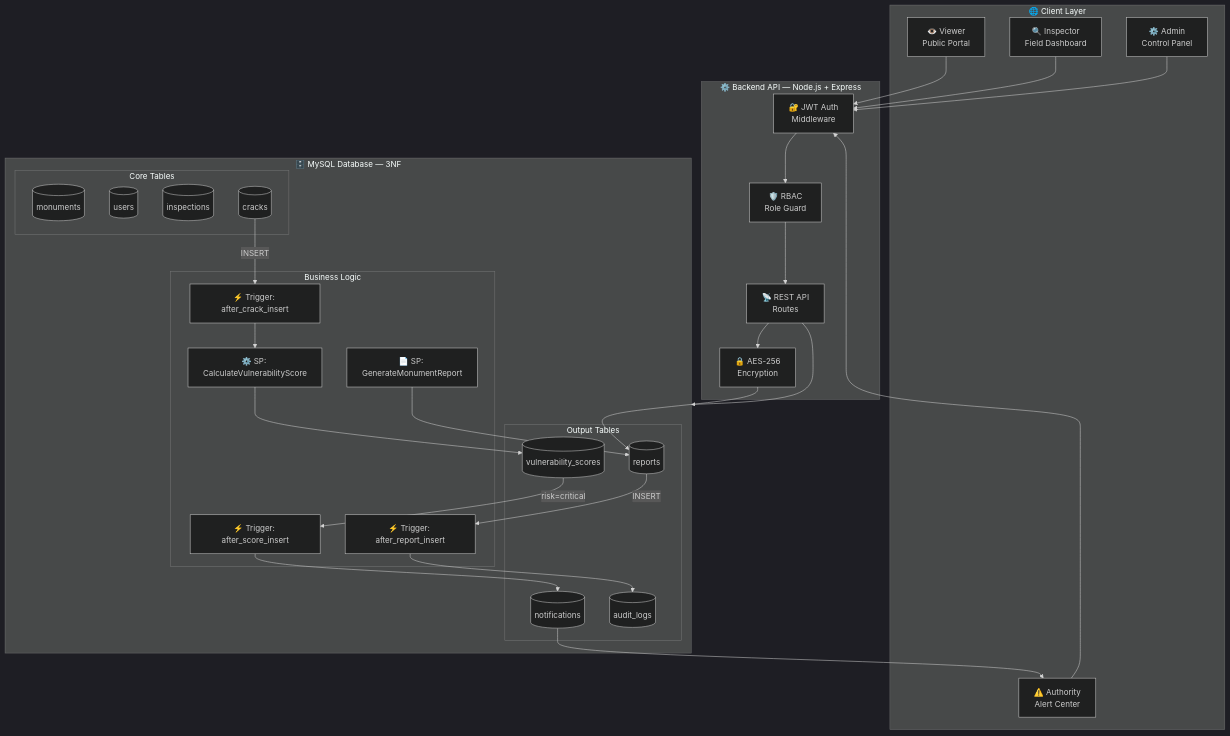
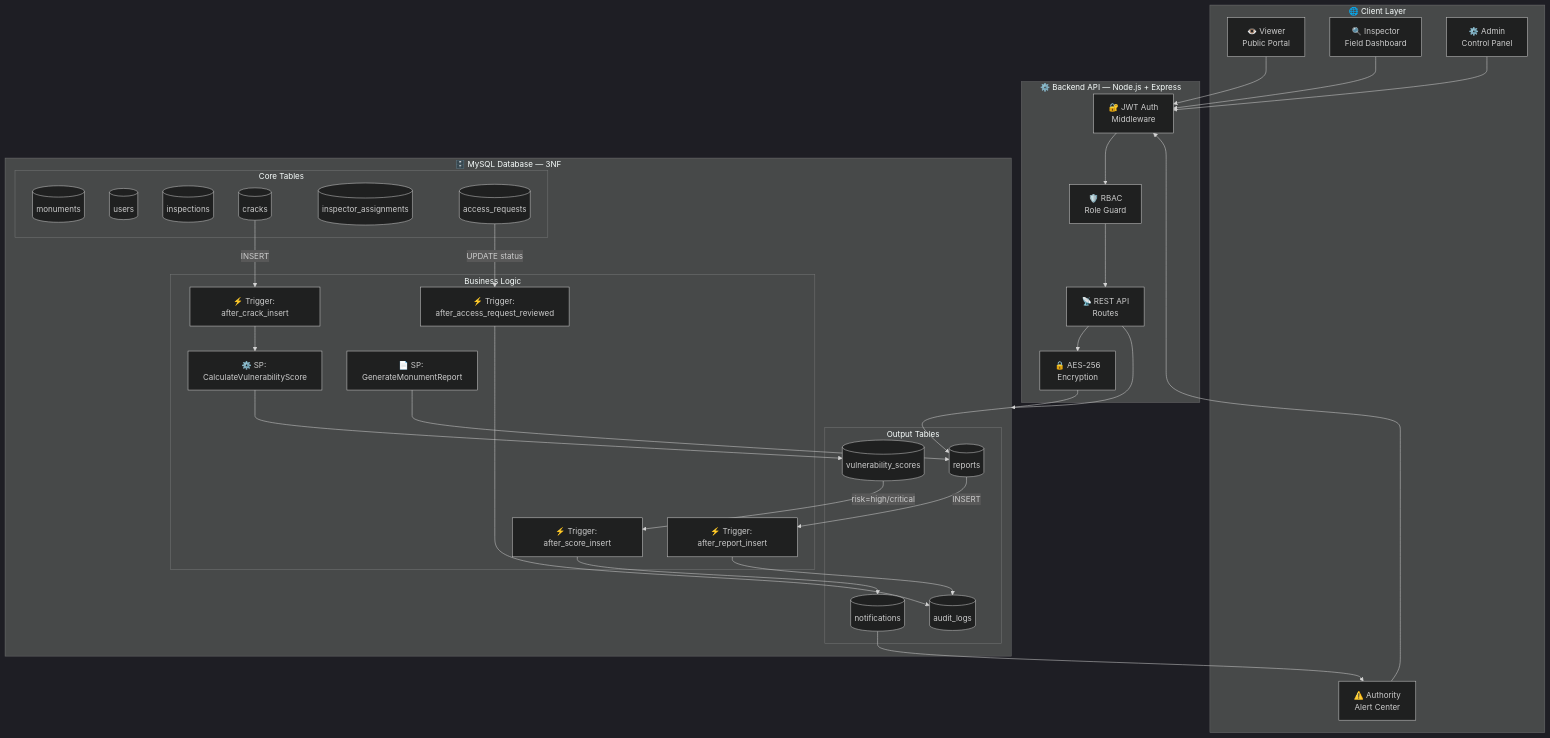
One commit to itsAimad/Taroudant-Heritage-Monitoring changed the first of 6 diagrams in README.md. Above: the diagram before and after it, drawn with Mermaid (dark theme). The commit also changed other lines of this file, not shown here.

Commit message:
Changes on the architecture - triggers - workflow

````diff
--- a/README.md
+++ b/README.md
@@ -113,54 +113,59 @@
 ```mermaid
 graph TB
     subgraph CLIENT["🌐 Client Layer"]
         V[👁️ Viewer<br/>Public Portal]
         I[🔍 Inspector<br/>Field Dashboard]
         AU[⚠️ Authority<br/>Alert Center]
         AD[⚙️ Admin<br/>Control Panel]
     end
 
     subgraph API["⚙️ Backend API — Node.js + Express"]
         AUTH[🔐 JWT Auth<br/>Middleware]
         RBAC[🛡️ RBAC<br/>Role Guard]
         ROUTES[📡 REST API<br/>Routes]
         ENC[🔒 AES-256<br/>Encryption]
     end
 
     subgraph DB["🗄️ MySQL Database — 3NF"]
         subgraph CORE["Core Tables"]
             MON[(monuments)]
             USR[(users)]
             INS[(inspections)]
             CRK[(cracks)]
+            ASGN[(inspector_assignments)]
+            AREQ[(access_requests)]
         end
         subgraph LOGIC["Business Logic"]
             SP1["⚙️ SP: CalculateVulnerabilityScore"]
             SP2["📄 SP: GenerateMonumentReport"]
             T1["⚡ Trigger: after_crack_insert"]
             T2["⚡ Trigger: after_score_insert"]
             T3["⚡ Trigger: after_report_insert"]
+            T4["⚡ Trigger: after_access_request_reviewed"]
         end
         subgraph OUTPUT["Output Tables"]
             VS[(vulnerability_scores)]
             NOT[(notifications)]
             REP[(reports)]
             AUD[(audit_logs)]
         end
     end
 
     V & I & AU & AD --> AUTH
     AUTH --> RBAC
     RBAC --> ROUTES
     ROUTES --> DB
     CRK -->|INSERT| T1
     T1 --> SP1
     SP1 --> VS
-    VS -->|risk=critical| T2
+    VS -->|risk=high/critical| T2
     T2 --> NOT
     NOT --> AU
     SP2 --> REP
     REP -->|INSERT| T3
     T3 --> AUD
+    AREQ -->|UPDATE status| T4
+    T4 --> AUD
     ROUTES --> ENC
     ENC --> REP
 ```
````
